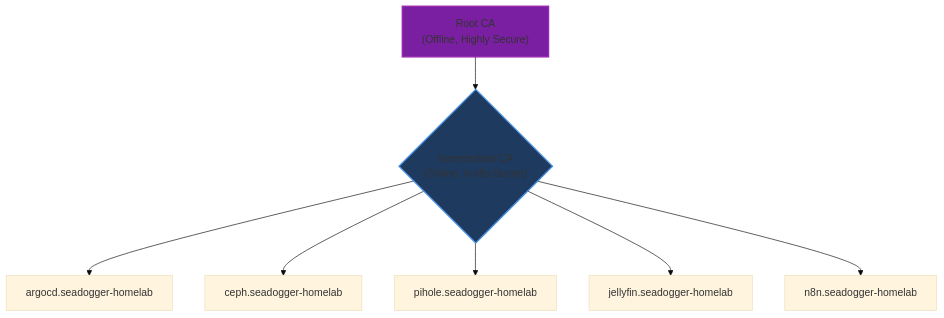
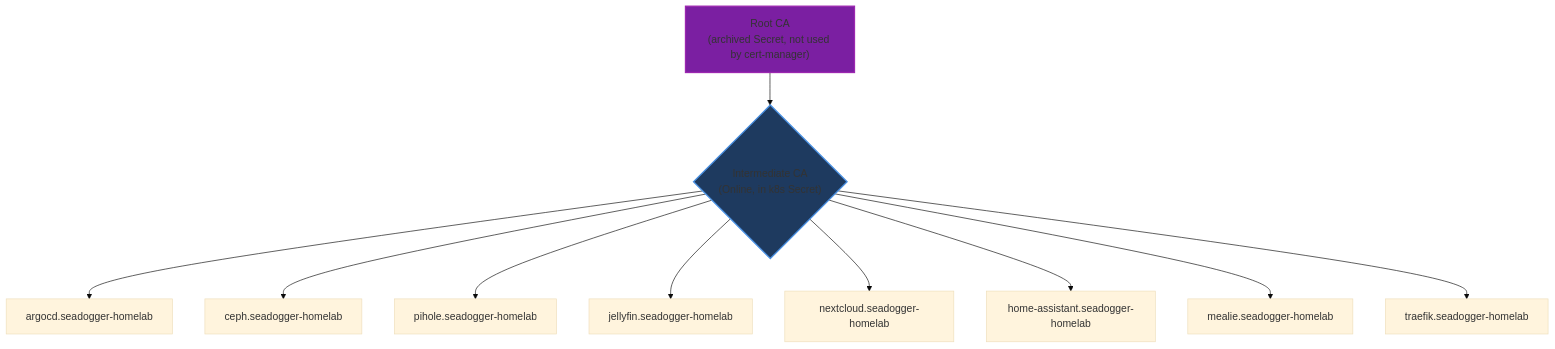
The first of 8 diagrams in docs/wiki/08-Security-and-Certificates.md (seadogger-tech/seadogger-homelab), drawn with Mermaid (base theme) before and after one commit. The commit also changed other lines of this file and 21 other files, not shown here.

````diff
--- a/docs/wiki/08-Security-and-Certificates.md
+++ b/docs/wiki/08-Security-and-Certificates.md
@@ -25,12 +25,15 @@
 ```mermaid
 graph TD
-    A["Root CA<br>(Offline, Highly Secure)"] --> B{"Intermediate CA<br>(Online, in k8s Secret)"};
+    A["Root CA<br>(archived Secret, not used by cert-manager)"] --> B{"Intermediate CA<br>(Online, in k8s Secret)"};
     B --> argocd["argocd.seadogger-homelab"];
     B --> ceph["ceph.seadogger-homelab"];
     B --> pihole["pihole.seadogger-homelab"];
     B --> jellyfin["jellyfin.seadogger-homelab"];
-    B --> n8n["n8n.seadogger-homelab"];
+    B --> nextcloud["nextcloud.seadogger-homelab"];
+    B --> ha["home-assistant.seadogger-homelab"];
+    B --> mealie["mealie.seadogger-homelab"];
+    B --> traefik["traefik.seadogger-homelab"];
 
     style A fill:#7b1fa2,stroke:#9c27b0,stroke-width:2px
     style B fill:#1e3a5f,stroke:#4a90e2,stroke-width:2px
 ```
````
